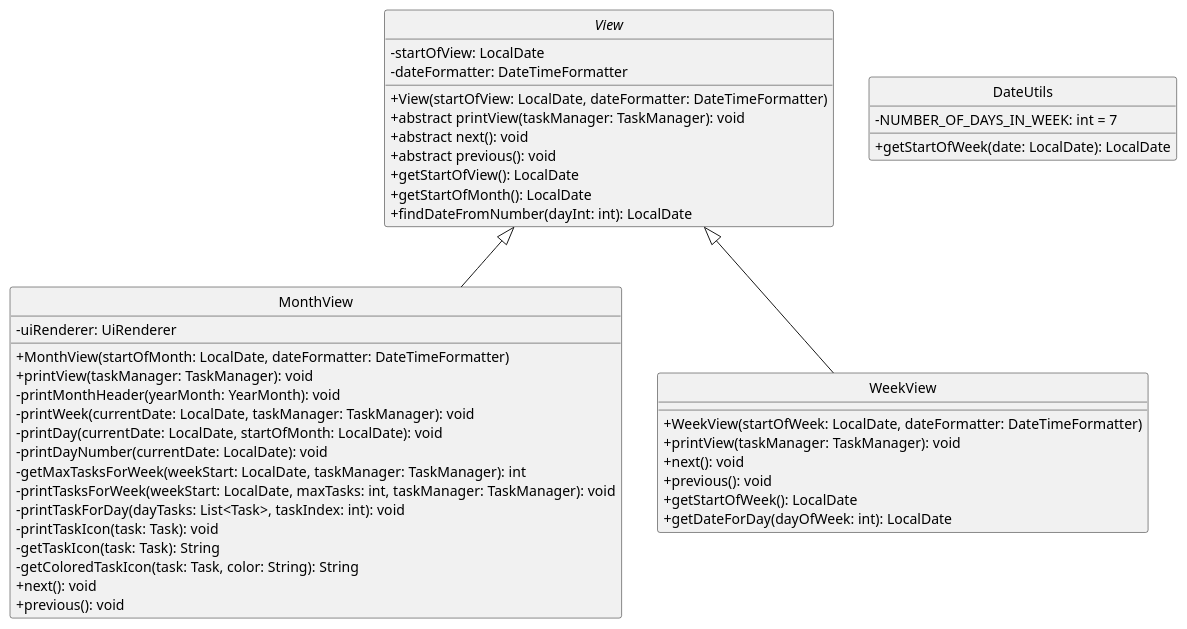
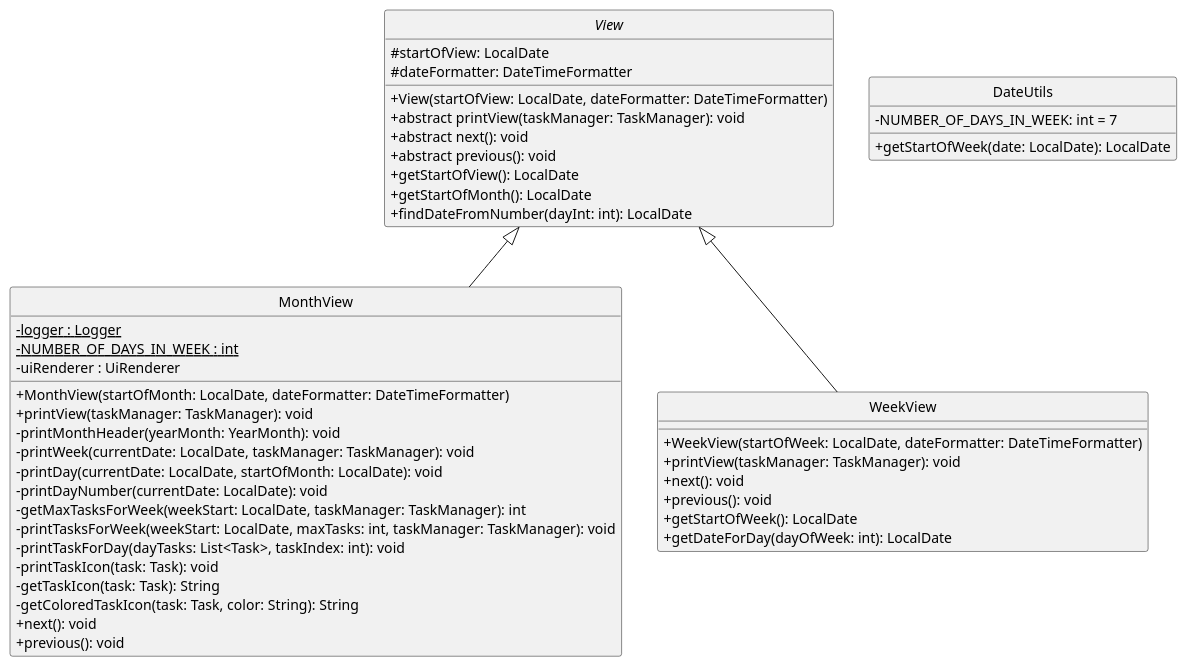
One commit to clarencepohh/tp changed the diagram in docs/diagrams/class/Time.puml. Above: the diagram before and after it, drawn with PlantUML. The commit also changed 5 other files, not shown here.

```diff
--- a/docs/diagrams/class/Time.puml
+++ b/docs/diagrams/class/Time.puml
@@ -1,55 +1,58 @@
 @startuml
 
 skinparam classAttributeIconSize 0
 
 
 
 abstract class View {
-    - startOfView: LocalDate
-    - dateFormatter: DateTimeFormatter
+    # startOfView: LocalDate
+    # dateFormatter: DateTimeFormatter
     + View(startOfView: LocalDate, dateFormatter: DateTimeFormatter)
     + abstract printView(taskManager: TaskManager): void
     + abstract next(): void
     + abstract previous(): void
     + getStartOfView(): LocalDate
     + getStartOfMonth(): LocalDate
     + findDateFromNumber(dayInt: int): LocalDate
 }
 
 class MonthView extends View {
-    - uiRenderer: UiRenderer
+    - logger : Logger {static}
+    - NUMBER_OF_DAYS_IN_WEEK : int {static}
+    - uiRenderer : UiRenderer
+
     + MonthView(startOfMonth: LocalDate, dateFormatter: DateTimeFormatter)
     + printView(taskManager: TaskManager): void
     - printMonthHeader(yearMonth: YearMonth): void
     - printWeek(currentDate: LocalDate, taskManager: TaskManager): void
     - printDay(currentDate: LocalDate, startOfMonth: LocalDate): void
     - printDayNumber(currentDate: LocalDate): void
     - getMaxTasksForWeek(weekStart: LocalDate, taskManager: TaskManager): int
     - printTasksForWeek(weekStart: LocalDate, maxTasks: int, taskManager: TaskManager): void
     - printTaskForDay(dayTasks: List<Task>, taskIndex: int): void
     - printTaskIcon(task: Task): void
     - getTaskIcon(task: Task): String
     - getColoredTaskIcon(task: Task, color: String): String
     + next(): void
     + previous(): void
 }
 
 class WeekView extends View {
     + WeekView(startOfWeek: LocalDate, dateFormatter: DateTimeFormatter)
     + printView(taskManager: TaskManager): void
     + next(): void
     + previous(): void
     + getStartOfWeek(): LocalDate
     + getDateForDay(dayOfWeek: int): LocalDate
 }
 
 class DateUtils {
     - NUMBER_OF_DAYS_IN_WEEK: int = 7
     + getStartOfWeek(date: LocalDate): LocalDate
 }
 
 
 
 hide circle
 
 @enduml
```
